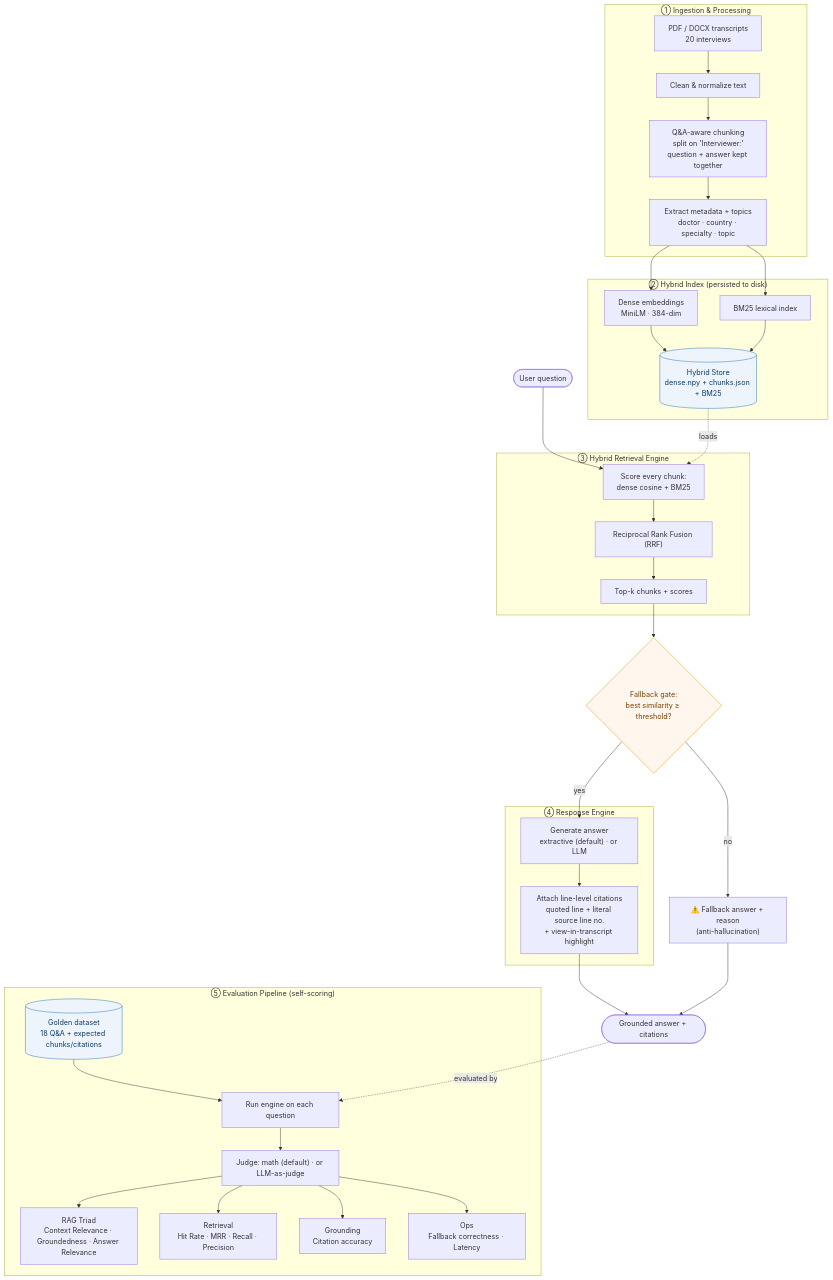
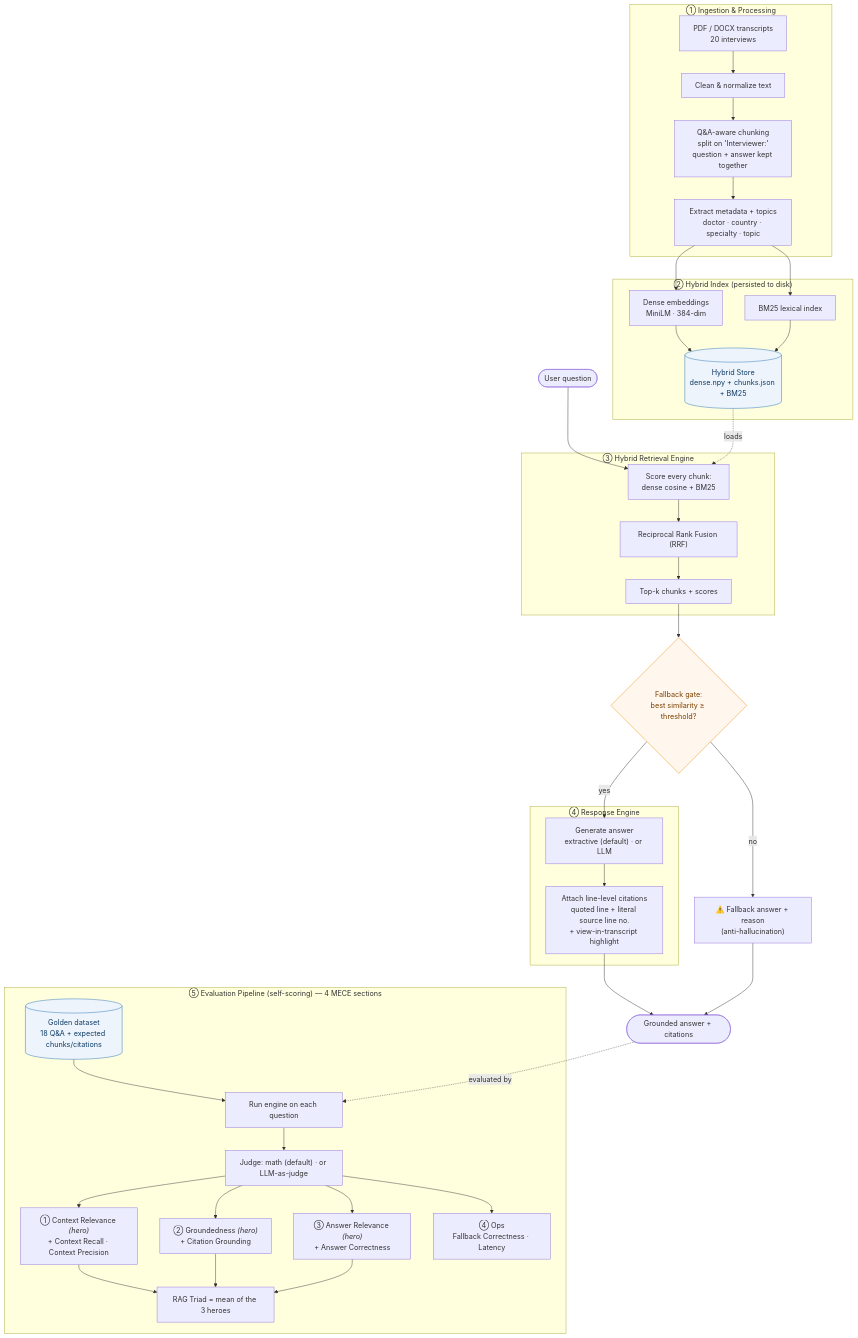
One commit to vamshiverse/rag-covid-interviews changed the diagram in docs/PIPELINE.md. Above: the diagram before and after it, drawn with Mermaid. The commit also changed 3 other files, not shown here.

First line of the commit message:
Docs + UI: drop Hit Rate / MRR from all manager-facing surfaces

````diff
--- a/docs/PIPELINE.md
+++ b/docs/PIPELINE.md
@@ -7,51 +7,52 @@
 ```mermaid
 flowchart TD
   %% ---------------- Ingestion ----------------
   subgraph INGEST["① Ingestion & Processing"]
     A[PDF / DOCX transcripts<br/>20 interviews] --> B[Clean & normalize text]
     B --> C["Q&A-aware chunking<br/>split on 'Interviewer:'<br/>question + answer kept together"]
     C --> D["Extract metadata + topics<br/>doctor · country · specialty · topic"]
   end
 
   %% ---------------- Index ----------------
   subgraph INDEX["② Hybrid Index (persisted to disk)"]
     D --> E["Dense embeddings<br/>MiniLM · 384-dim"]
     D --> F["BM25 lexical index"]
     E --> G[(Hybrid Store<br/>dense.npy + chunks.json + BM25)]
     F --> G
   end
 
   %% ---------------- Retrieval ----------------
   Q([User question]) --> R
   subgraph RETRIEVE["③ Hybrid Retrieval Engine"]
     R["Score every chunk:<br/>dense cosine + BM25"] --> S["Reciprocal Rank Fusion (RRF)"]
     S --> X[Top-k chunks + scores]
   end
   G -.loads.-> R
 
   %% ---------------- Fallback + Response ----------------
   X --> GATE{"Fallback gate:<br/>best similarity ≥ threshold?"}
   GATE -->|no| FB["⚠️ Fallback answer + reason<br/>(anti-hallucination)"]
   GATE -->|yes| GEN
   subgraph RESPOND["④ Response Engine"]
     GEN["Generate answer<br/>extractive (default) · or LLM"] --> CITE["Attach line-level citations<br/>quoted line + literal source line no.<br/>+ view-in-transcript highlight"]
   end
   CITE --> ANS([Grounded answer + citations])
   FB --> ANS
 
   %% ---------------- Evaluation ----------------
-  subgraph EVAL["⑤ Evaluation Pipeline (self-scoring)"]
+  subgraph EVAL["⑤ Evaluation Pipeline (self-scoring) — 4 MECE sections"]
     GD[(Golden dataset<br/>18 Q&A + expected chunks/citations)] --> EV["Run engine on each question"]
     EV --> JUDGE["Judge: math (default) · or LLM-as-judge"]
-    JUDGE --> M1["RAG Triad<br/>Context Relevance · Groundedness · Answer Relevance"]
-    JUDGE --> M2["Retrieval<br/>Hit Rate · MRR · Recall · Precision"]
-    JUDGE --> M3["Grounding<br/>Citation accuracy"]
-    JUDGE --> M4["Ops<br/>Fallback correctness · Latency"]
+    JUDGE --> M1["① Context Relevance <i>(hero)</i><br/>+ Context Recall · Context Precision"]
+    JUDGE --> M2["② Groundedness <i>(hero)</i><br/>+ Citation Grounding"]
+    JUDGE --> M3["③ Answer Relevance <i>(hero)</i><br/>+ Answer Correctness"]
+    JUDGE --> M4["④ Ops<br/>Fallback Correctness · Latency"]
+    M1 & M2 & M3 --> TRIAD["RAG Triad = mean of the 3 heroes"]
   end
   ANS -.evaluated by.-> EV
 
   classDef store fill:#eef4fb,stroke:#1d6fb8,color:#0d3b66;
   classDef gate fill:#fff7ed,stroke:#ea8c00,color:#7a3e00;
   class G,GD store;
   class GATE gate;
 ```
````
